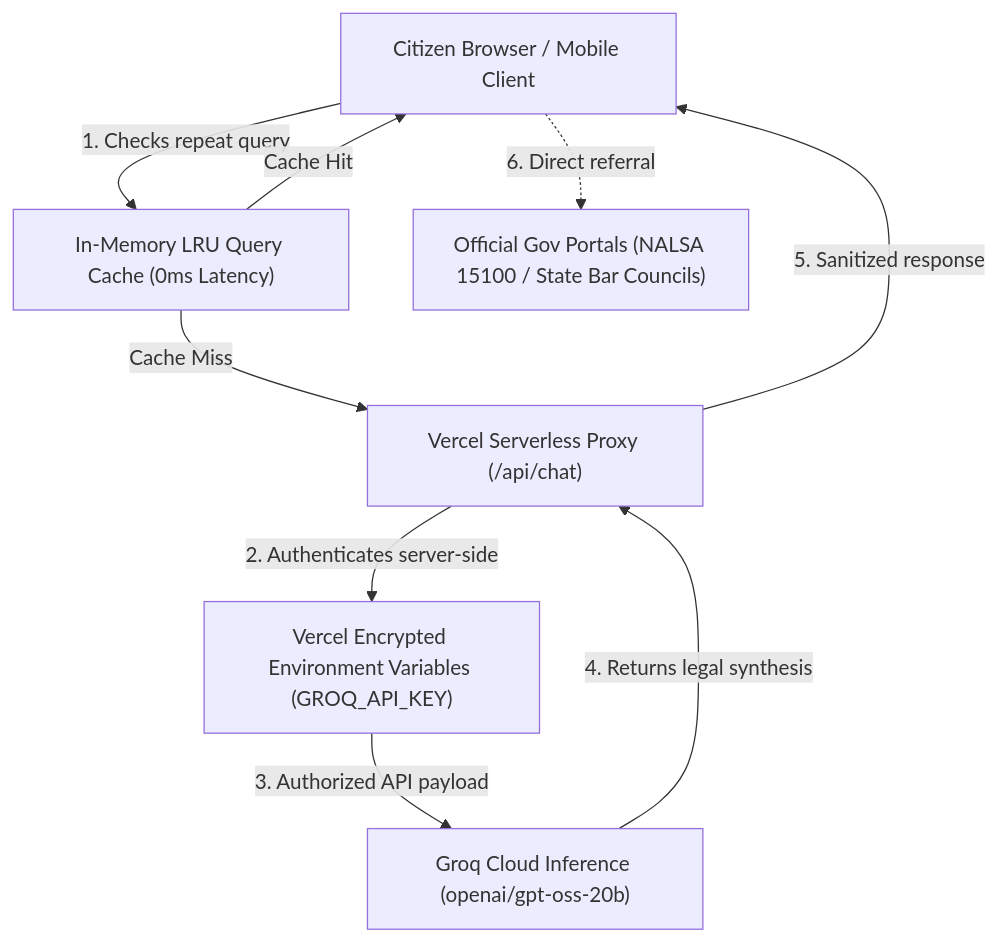
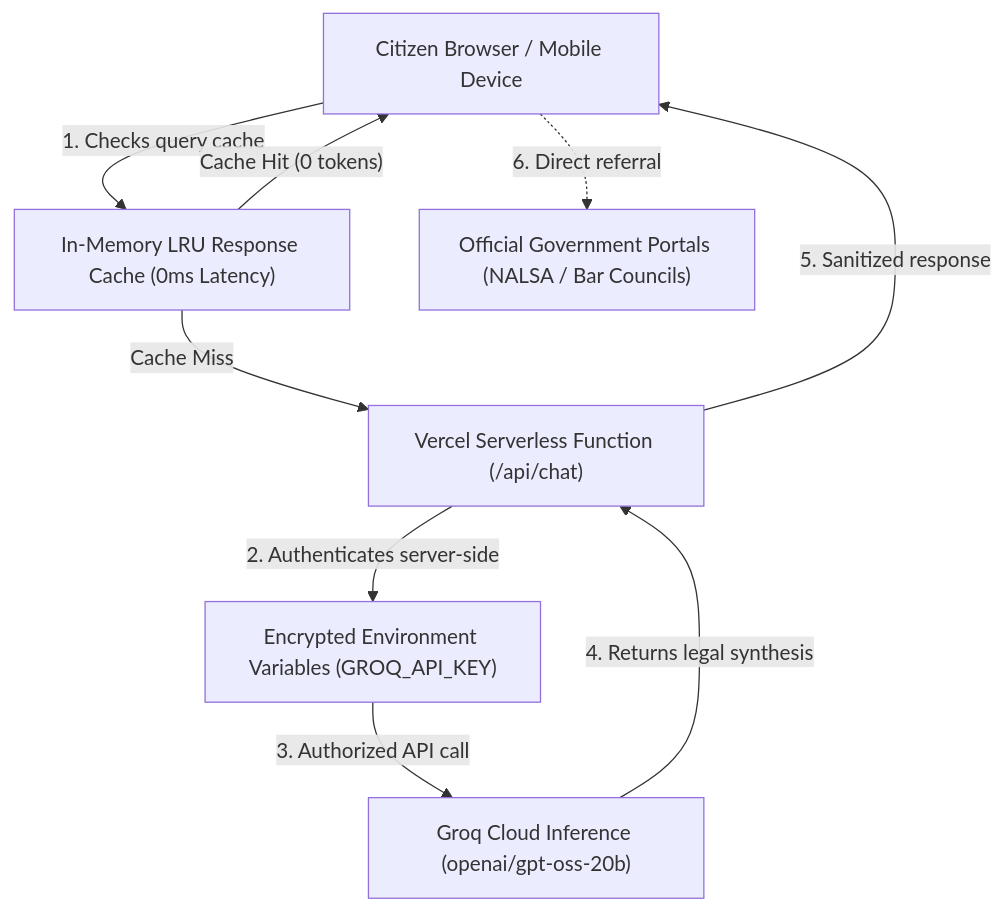
Before and after one commit to DeepRushil/better-call: the diagram in README.md, drawn with Mermaid. The commit also changed other lines of this file and 7 other files, not shown here.

````diff
--- a/README.md
+++ b/README.md
@@ -30,18 +63,18 @@
 ```mermaid
 flowchart TD
-    User["Citizen Browser / Mobile Client"]
-    Cache["In-Memory LRU Query Cache (0ms Latency)"]
-    Proxy["Vercel Serverless Proxy (/api/chat)"]
-    Env["Vercel Encrypted Environment Variables (GROQ_API_KEY)"]
+    User["Citizen Browser / Mobile Device"]
+    Cache["In-Memory LRU Response Cache (0ms Latency)"]
+    Proxy["Vercel Serverless Function (/api/chat)"]
+    Env["Encrypted Environment Variables (GROQ_API_KEY)"]
     Groq["Groq Cloud Inference (openai/gpt-oss-20b)"]
-    GovPortals["Official Gov Portals (NALSA 15100 / State Bar Councils)"]
+    LegalAid["Official Government Portals (NALSA / Bar Councils)"]
 
-    User -->|"1. Checks repeat query"| Cache
-    Cache --"Cache Hit"--> User
+    User -->|"1. Checks query cache"| Cache
+    Cache --"Cache Hit (0 tokens)"--> User
     Cache --"Cache Miss"--> Proxy
     Proxy -->|"2. Authenticates server-side"| Env
-    Env -->|"3. Authorized API payload"| Groq
+    Env -->|"3. Authorized API call"| Groq
     Groq -->|"4. Returns legal synthesis"| Proxy
     Proxy -->|"5. Sanitized response"| User
-    User -.->|"6. Direct referral"| GovPortals
+    User -.->|"6. Direct referral"| LegalAid
 ```
````
